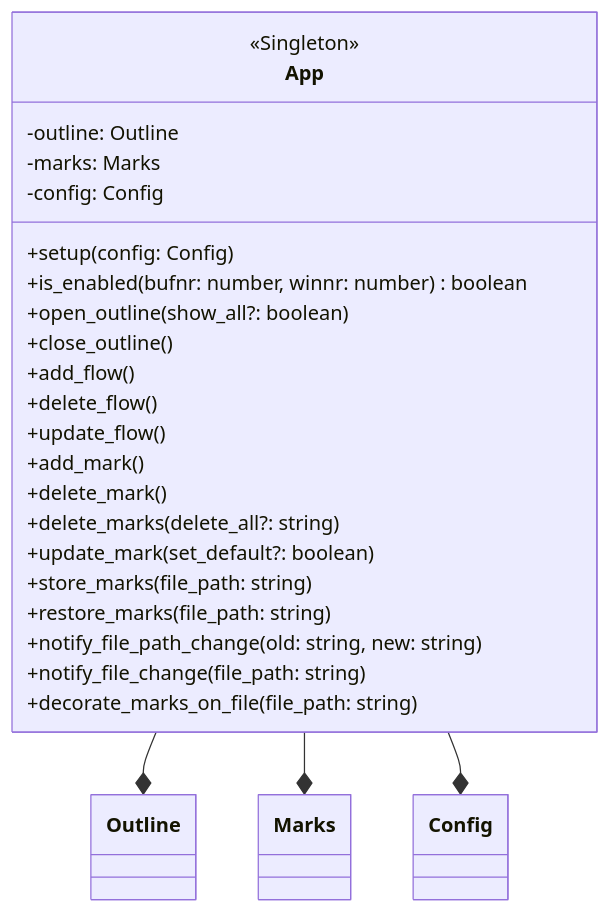
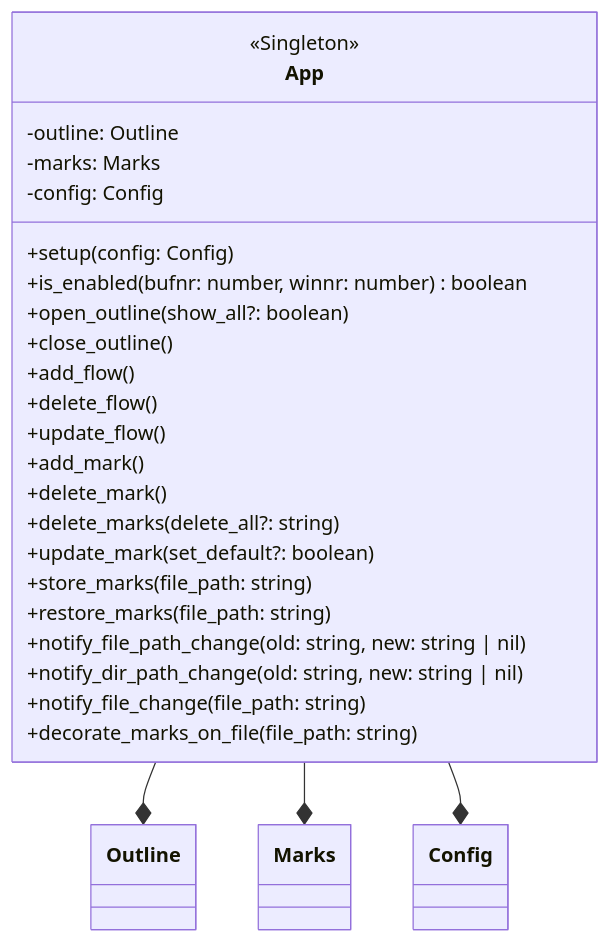
The first of 25 diagrams in DESIGN.md (niuiic/track.nvim), drawn with Mermaid before and after one commit. The commit also changed other lines of this file and 4 other files, not shown here.

````diff
--- a/DESIGN.md
+++ b/DESIGN.md
@@ -29,35 +29,36 @@
 ```mermaid
 classDiagram
     App --* Outline
     App --* Marks
     App --* Config
     class App {
         <<Singleton>>
 
         -outline: Outline
         -marks: Marks
         -config: Config
 
         %% config
         +setup(config: Config)
         %% enable
         +is_enabled(bufnr: number, winnr: number) boolean
         %% outline
         +open_outline(show_all?: boolean)
         +close_outline()
         %% flow
         +add_flow()
         +delete_flow()
         +update_flow()
         %% mark
         +add_mark()
         +delete_mark()
         +delete_marks(delete_all?: string)
         +update_mark(set_default?: boolean)
         +store_marks(file_path: string)
         +restore_marks(file_path: string)
-        +notify_file_path_change(old: string, new: string)
+        +notify_file_path_change(old: string, new: string | nil)
+        +notify_dir_path_change(old: string, new: string | nil)
         +notify_file_change(file_path: string)
         +decorate_marks_on_file(file_path: string)
     }
 ```
````
